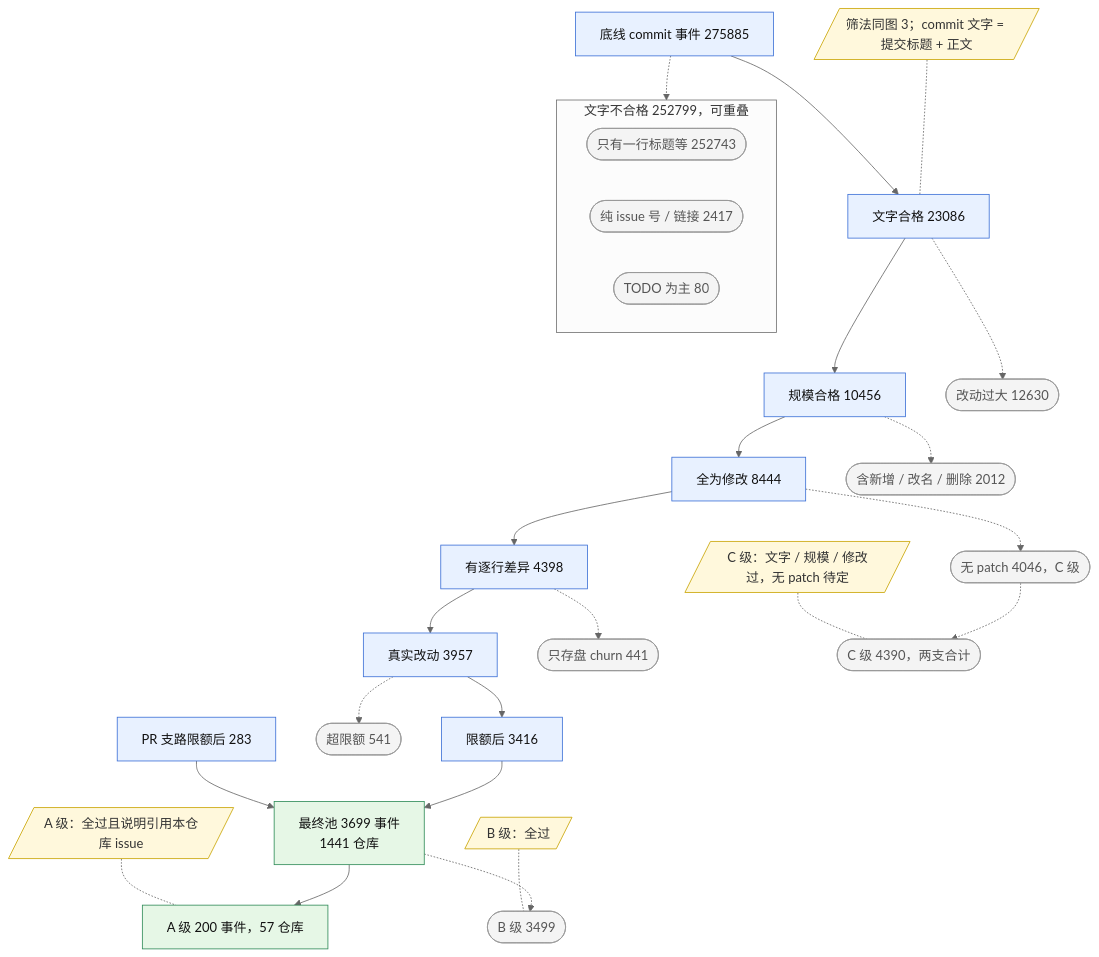
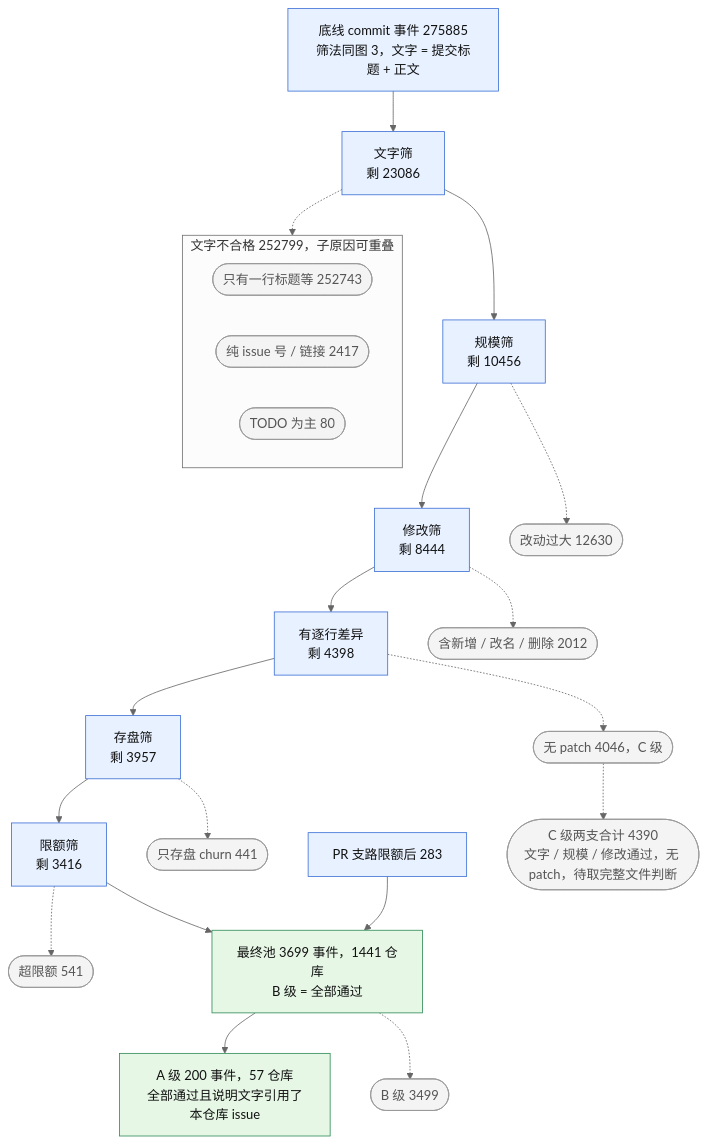
Before and after one commit to Xiafyjck/github_kicad_project_scout: the fifth of 5 diagrams in reports/progress_report.md, drawn with Mermaid (neutral theme). The commit also changed other lines of this file, not shown here.

````diff
--- a/reports/progress_report.md
+++ b/reports/progress_report.md
@@ -295,54 +236,34 @@
 ```mermaid
 flowchart TB
-    classDef note fill:#fff8dc,stroke:#c9a400,color:#333
     classDef exit fill:#f4f4f4,stroke:#999,color:#555
     classDef keep fill:#e8f1ff,stroke:#3b6fd6,color:#111
     classDef final fill:#e6f7e6,stroke:#2e8b57,color:#111
 
-    Ng[/"筛法同图 3；commit 文字 = 提交标题 + 正文"/]:::note
-    Na[/"A 级：全过且说明引用本仓库 issue"/]:::note
-    Nbb[/"B 级：全过"/]:::note
-    Ncc[/"C 级：文字 / 规模 / 修改过，无 patch 待定"/]:::note
+    M3[底线 commit 事件 275885<br/>筛法同图 3，文字 = 提交标题 + 正文]:::keep
+    M3 --> M4[文字筛<br/>剩 23086]:::keep
+    M4 --> M5[规模筛<br/>剩 10456]:::keep
+    M5 --> M6[修改筛<br/>剩 8444]:::keep
+    M6 --> M7[有逐行差异<br/>剩 4398]:::keep
+    M7 --> M8[存盘筛<br/>剩 3957]:::keep
+    M8 --> M9[限额筛<br/>剩 3416]:::keep
 
-    M3[底线 commit 事件 275885]:::keep
-    M4[文字合格 23086]:::keep
-    M5[规模合格 10456]:::keep
-    M6[全为修改 8444]:::keep
-    M7[有逐行差异 4398]:::keep
-    M8[真实改动 3957]:::keep
-    M9[限额后 3416]:::keep
-    subgraph TY[文字不合格 252799，可重叠]
+    subgraph TY[文字不合格 252799，子原因可重叠]
         direction LR
         MX4a([只有一行标题等 252743]):::exit
         MX4b([纯 issue 号 / 链接 2417]):::exit
         MX4c([TODO 为主 80]):::exit
     end
-    MX5([改动过大 12630]):::exit
-    MX6([含新增 / 改名 / 删除 2012]):::exit
-    MX7([无 patch 4046，C 级]):::exit
-    MX8([只存盘 churn 441]):::exit
-    MX9([超限额 541]):::exit
+    M4 -.-> TY
+    M5 -.-> MX5([改动过大 12630]):::exit
+    M6 -.-> MX6([含新增 / 改名 / 删除 2012]):::exit
+    M7 -.-> MX7([无 patch 4046，C 级]):::exit
+    M8 -.-> MX8([只存盘 churn 441]):::exit
+    M9 -.-> MX9([超限额 541]):::exit
 
     P9[PR 支路限额后 283]:::keep
-    F[最终池 3699 事件<br/>1441 仓库]:::final
-    G[A 级 200 事件，57 仓库]:::final
-    FB([B 级 3499]):::exit
-    FC([C 级 4390，两支合计]):::exit
-
-    Ng -.- M4
-    M3 --> M4 --> M5 --> M6 --> M7 --> M8 --> M9
-    M3 -.-> TY
-    M4 -.-> MX5
-    M5 -.-> MX6
-    M6 -.-> MX7
-    M7 -.-> MX8
-    M8 -.-> MX9
-    M9 --> F
+    M9 --> F[最终池 3699 事件，1441 仓库<br/>B 级 = 全部通过]:::final
     P9 --> F
-    F --> G
-    F -.-> FB
-    MX7 -.-> FC
-    Na -.- G
-    Nbb -.- FB
-    Ncc -.- FC
+    F --> G[A 级 200 事件，57 仓库<br/>全部通过且说明文字引用了本仓库 issue]:::final
+    F -.-> FB([B 级 3499]):::exit
+    MX7 -.-> FC([C 级两支合计 4390<br/>文字 / 规模 / 修改通过，无 patch，待取完整文件判断]):::exit
 ```
````
